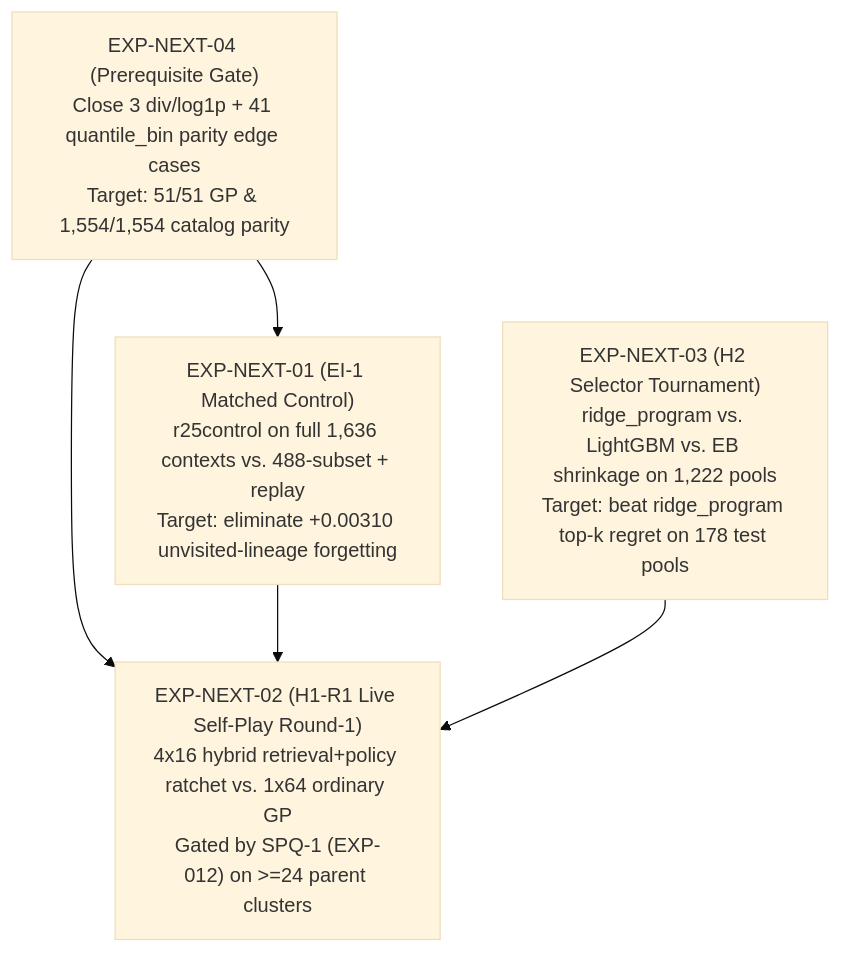
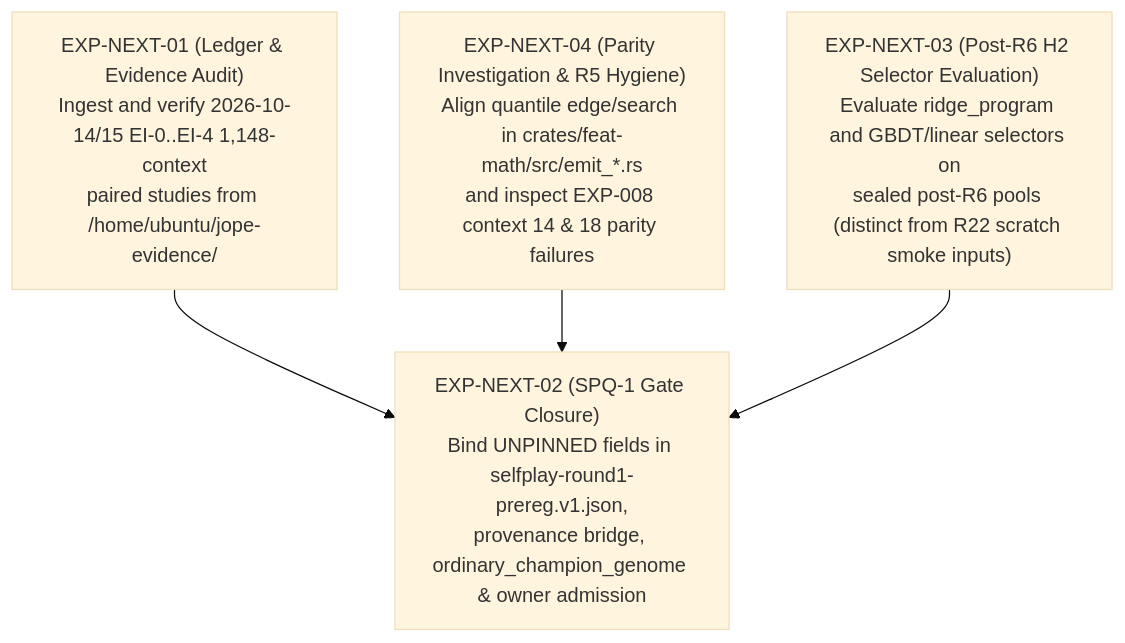
One commit to neverhuman/JopeDime changed the diagram in docs/experiments/SYNTHESIS_AND_NEXT_EXPERIMENTS.md. Above: the diagram before and after it, drawn with Mermaid (base theme). The commit also changed other lines of this file and 3 other files, not shown here.

Commit message:
docs(experiments): resolve review 5552962481 factual, provenance, and SPQ-1 contract findings

````diff
--- a/docs/experiments/SYNTHESIS_AND_NEXT_EXPERIMENTS.md
+++ b/docs/experiments/SYNTHESIS_AND_NEXT_EXPERIMENTS.md
@@ -46,7 +48,6 @@
 ```mermaid
 flowchart TD
-    P1["EXP-NEXT-04 (Prerequisite Gate)<br/>Close 3 div/log1p + 41 quantile_bin parity edge cases<br/>Target: 51/51 GP & 1,554/1,554 catalog parity"] --> E1["EXP-NEXT-01 (EI-1 Matched Control)<br/>r25control on full 1,636 contexts vs. 488-subset + replay<br/>Target: eliminate +0.00310 unvisited-lineage forgetting"]
-    P1 --> E2["EXP-NEXT-02 (H1-R1 Live Self-Play Round-1)<br/>4x16 hybrid retrieval+policy ratchet vs. 1x64 ordinary GP<br/>Gated by SPQ-1 (EXP-012) on >=24 parent clusters"]
-    E1 --> E2
-    E3["EXP-NEXT-03 (H2 Selector Tournament)<br/>ridge_program vs. LightGBM vs. EB shrinkage on 1,222 pools<br/>Target: beat ridge_program top-k regret on 178 test pools"] --> E2
+    A["EXP-NEXT-01 (Ledger & Evidence Audit)<br/>Ingest and verify 2026-10-14/15 EI-0..EI-4 1,148-context<br/>paired studies from /home/ubuntu/jope-evidence/"] --> B["EXP-NEXT-02 (SPQ-1 Gate Closure)<br/>Bind UNPINNED fields in selfplay-round1-prereg.v1.json,<br/>provenance bridge, ordinary_champion_genome & owner admission"]
+    C["EXP-NEXT-04 (Parity Investigation & R5 Hygiene)<br/>Align quantile edge/search in crates/feat-math/src/emit_*.rs<br/>and inspect EXP-008 context 14 & 18 parity failures"] --> B
+    D["EXP-NEXT-03 (Post-R6 H2 Selector Evaluation)<br/>Evaluate ridge_program and GBDT/linear selectors on<br/>sealed post-R6 pools (distinct from R22 scratch smoke inputs)"] --> B
 ```
````
